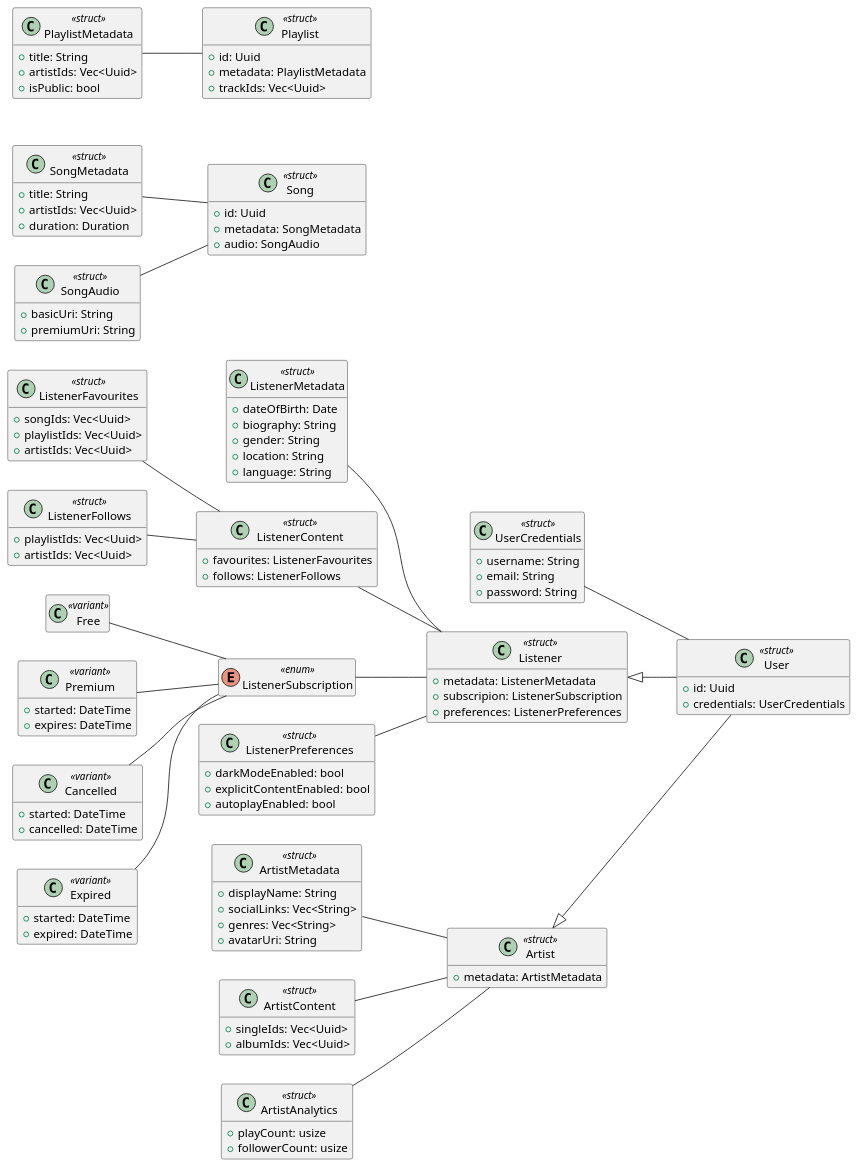
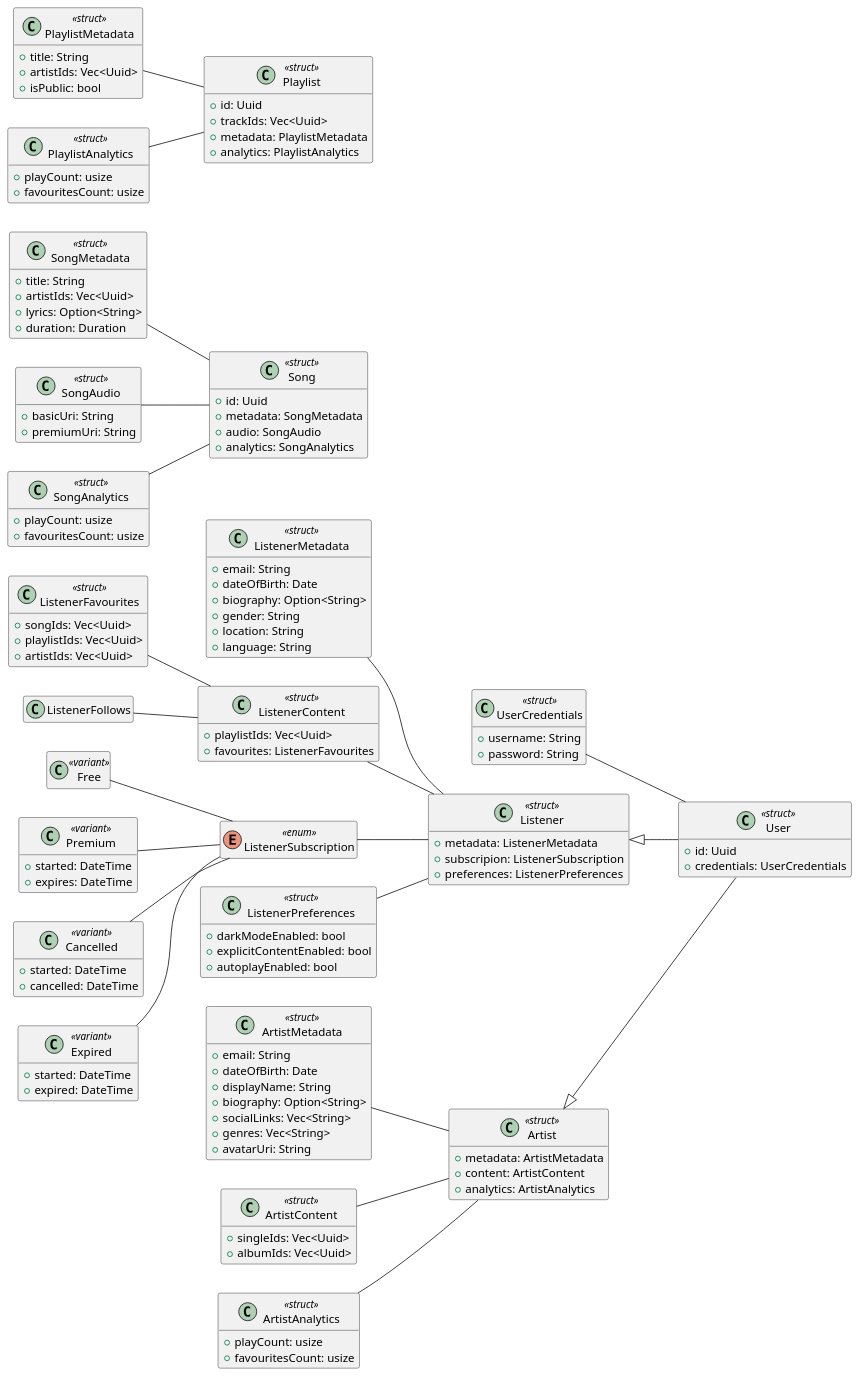
Before and after one commit to NTDuck/curtain-call: the diagram in class-diagrams/domain-class-diagram.puml, drawn with PlantUML. The commit also changed 3 other files, not shown here.

Commit message:
Finalized (hopefully) domain class diagram

```diff
--- a/class-diagrams/domain-class-diagram.puml
+++ b/class-diagrams/domain-class-diagram.puml
@@ -1,163 +1,180 @@
 @startuml
 
 left to right direction
 hide empty members
 skinparam BackgroundColor transparent
 
 class User <<struct>> {
   + id: Uuid
   + credentials: UserCredentials
 }
 
 class UserCredentials <<struct>> {
   + username: String
-  + email: String
   + password: String
 }
 
 UserCredentials -- User
 
 class Listener <<struct>> {
   + metadata: ListenerMetadata
   + subscripion: ListenerSubscription
   + preferences: ListenerPreferences
 }
 
 Listener <|-- User
 
 class ListenerMetadata <<struct>> {
+  + email: String
   + dateOfBirth: Date
-  + biography: String
+  + biography: Option<String>
   + gender: String
   + location: String
   + language: String
 }
 
 ListenerMetadata -- Listener
 
 class ListenerContent <<struct>> {
+  + playlistIds: Vec<Uuid>
   + favourites: ListenerFavourites
-  + follows: ListenerFollows
 }
 
 ListenerContent -- Listener
 
 class ListenerFavourites <<struct>> {
   + songIds: Vec<Uuid>
   + playlistIds: Vec<Uuid>
   + artistIds: Vec<Uuid>
 }
 
 ListenerFavourites -- ListenerContent
-
-class ListenerFollows <<struct>> {
-  + playlistIds: Vec<Uuid>
-  + artistIds: Vec<Uuid>
-}
 
 ListenerFollows -- ListenerContent
 
 enum ListenerSubscription <<enum>> {
 }
 
 ListenerSubscription -- Listener
 
 class Free <<variant>> {
 }
 
 Free -- ListenerSubscription
 
 class Premium <<variant>> {
   + started: DateTime
   + expires: DateTime
 }
 
 Premium -- ListenerSubscription
 
 class Cancelled <<variant>> {
   + started: DateTime
   + cancelled: DateTime
 }
 
 Cancelled -- ListenerSubscription
 
 class Expired <<variant>> {
   + started: DateTime
   + expired: DateTime
 }
 
 Expired -- ListenerSubscription
 
 class ListenerPreferences <<struct>> {
   + darkModeEnabled: bool
   + explicitContentEnabled: bool
   + autoplayEnabled: bool
 }
 
 ListenerPreferences -- Listener
 
 class Artist <<struct>> {
   + metadata: ArtistMetadata
+  + content: ArtistContent
+  + analytics: ArtistAnalytics
 }
 
 Artist <|-- User
 
 class ArtistMetadata <<struct>> {
+  + email: String
+  + dateOfBirth: Date
   + displayName: String
+  + biography: Option<String>
   + socialLinks: Vec<String>
   + genres: Vec<String>
   + avatarUri: String
 }
 
 ArtistMetadata -- Artist
 
 class ArtistContent <<struct>> {
   + singleIds: Vec<Uuid>
   + albumIds: Vec<Uuid>
 }
 
 ArtistContent -- Artist
 
 class ArtistAnalytics <<struct>> {
   + playCount: usize
-  + followerCount: usize
+  + favouritesCount: usize
 }
 
 ArtistAnalytics -- Artist
 
 class Song <<struct>> {
   + id: Uuid
   + metadata: SongMetadata
   + audio: SongAudio
+  + analytics: SongAnalytics
 }
 
 class SongMetadata <<struct>> {
   + title: String
   + artistIds: Vec<Uuid>
+  + lyrics: Option<String>
   + duration: Duration
 }
 
 SongMetadata -- Song
 
 class SongAudio <<struct>> {
   + basicUri: String
   + premiumUri: String
 }
 
 SongAudio -- Song
 
+class SongAnalytics <<struct>> {
+  + playCount: usize
+  + favouritesCount: usize
+}
+
+SongAnalytics -- Song
+
 class Playlist <<struct>> {
   + id: Uuid
+  + trackIds: Vec<Uuid>
   + metadata: PlaylistMetadata
-  + trackIds: Vec<Uuid>
+  + analytics: PlaylistAnalytics
 }
 
 class PlaylistMetadata <<struct>> {
   + title: String
   + artistIds: Vec<Uuid>
   + isPublic: bool
 }
 
 PlaylistMetadata -- Playlist
 
+class PlaylistAnalytics <<struct>> {
+  + playCount: usize
+  + favouritesCount: usize
+}
+
+PlaylistAnalytics -- Playlist
+
 @enduml
```
